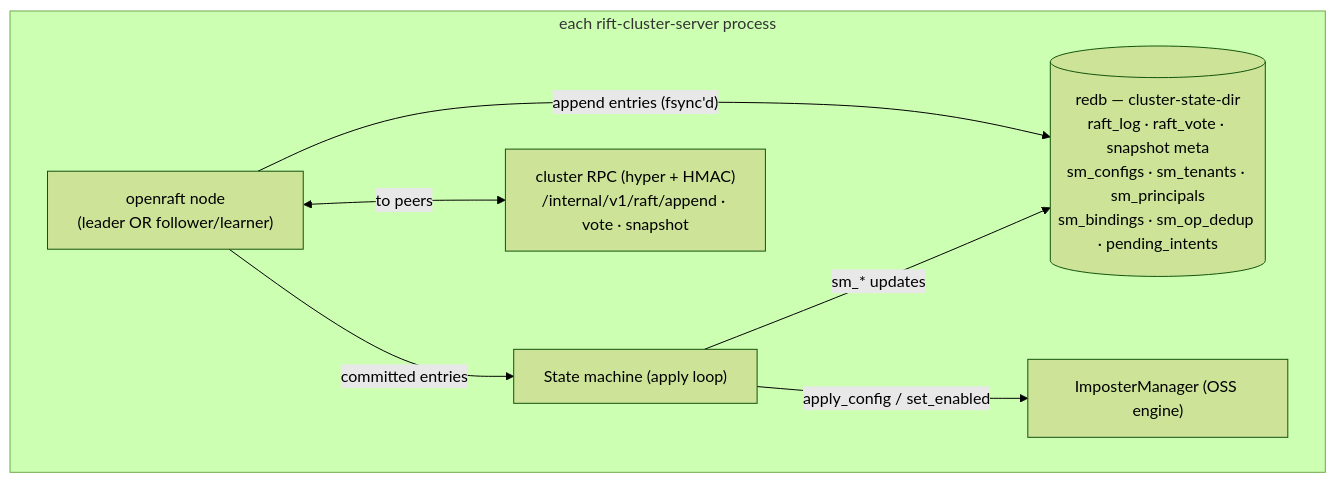
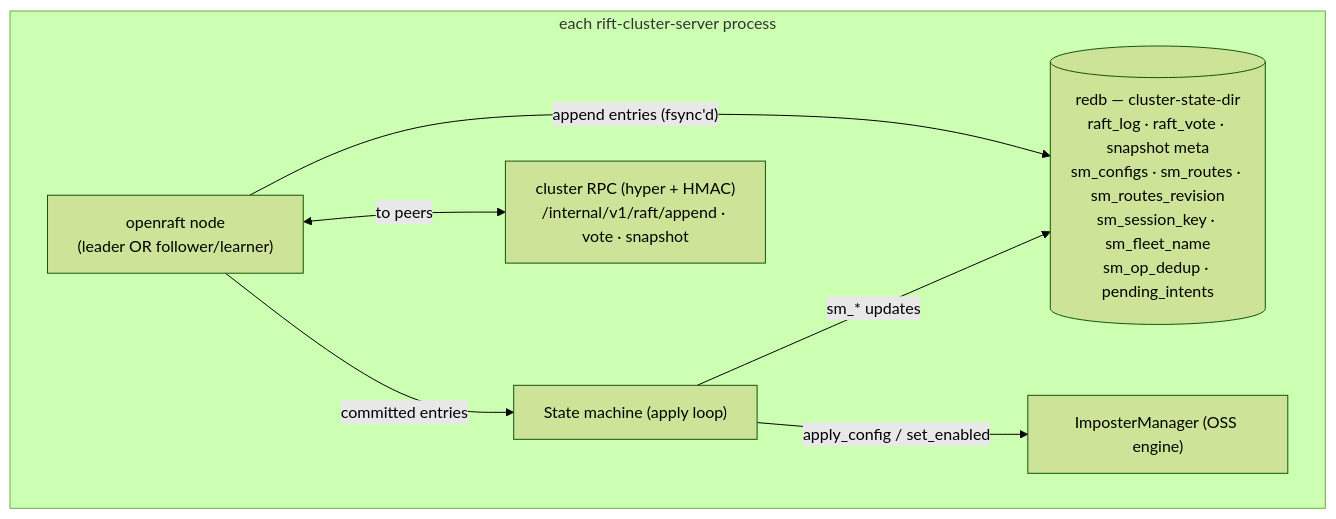
The first of 2 diagrams in docs/architecture/03-control-plane.md (achird-labs/rift-cluster), drawn with Mermaid (forest theme) before and after one commit. The commit also changed other lines of this file and 167 other files, not shown here.

First line of the commit message:
chore(tenancy): one tenant, one API key — remove tenancy, RBAC and principals (D-73) (#566)

````diff
--- a/docs/architecture/03-control-plane.md
+++ b/docs/architecture/03-control-plane.md
@@ -36,16 +36,16 @@
 ```mermaid
 flowchart TB
     subgraph Node["each rift-cluster-server process"]
         RN["openraft node<br/>(leader OR follower/learner)"]
         SM["State machine (apply loop)"]
-        DB[("redb — cluster-state-dir<br/>raft_log · raft_vote · snapshot meta<br/>sm_configs · sm_tenants · sm_principals<br/>sm_bindings · sm_op_dedup · pending_intents")]
+        DB[("redb — cluster-state-dir<br/>raft_log · raft_vote · snapshot meta<br/>sm_configs · sm_routes · sm_routes_revision<br/>sm_session_key · sm_fleet_name<br/>sm_op_dedup · pending_intents")]
         IM["ImposterManager (OSS engine)"]
         RPC["cluster RPC (hyper + HMAC)<br/>/internal/v1/raft/append · vote · snapshot"]
     end
 
     RN -- "append entries (fsync'd)" --> DB
     RN -- "committed entries" --> SM
     SM -- "sm_* updates" --> DB
     SM -- "apply_config / set_enabled" --> IM
     RN <-- "to peers" --> RPC
 ```
````
